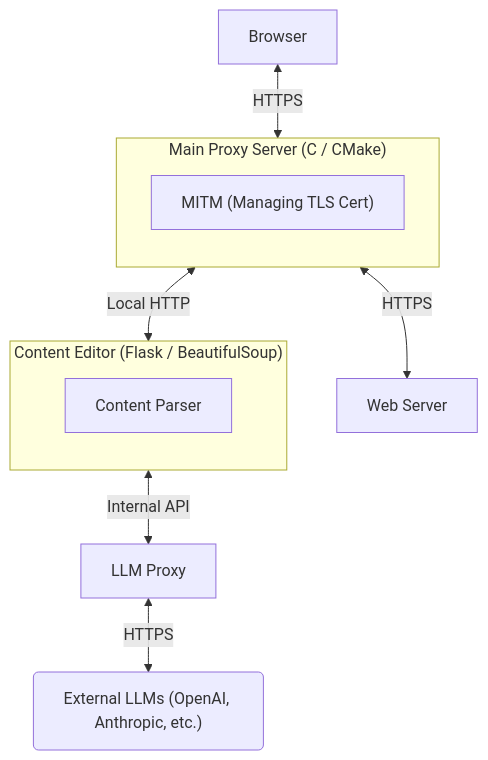
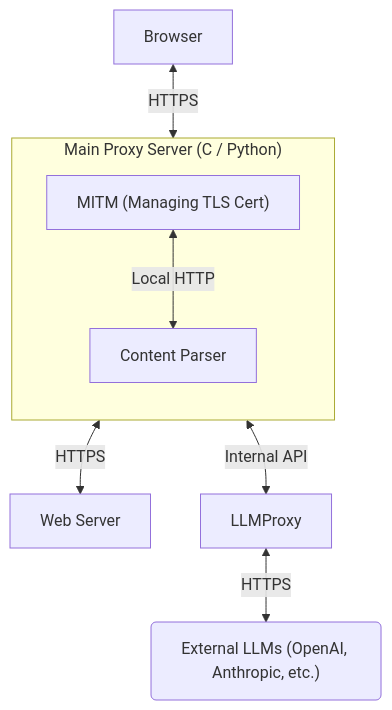
The diagram in projects/LLM Connected Proxy.md (larrison23/Personal-Website), drawn with Mermaid before and after one commit. The commit also changed 1 other file, not shown here.

Commit message:
Style updates

````diff
--- a/projects/LLM Connected Proxy.md
+++ b/projects/LLM Connected Proxy.md
@@ -11,24 +11,20 @@
 ```mermaid
 flowchart TD
 	Browser["User Browser"]
 
-    subgraph C_Proxy ["Main Proxy Server (C / CMake)"]
+    subgraph C_Proxy ["Main Proxy Server (C / Python)"]
         direction TB
         Interceptor["MITM (Managing TLS Cert)"]
-    end
-
-    subgraph Python ["Content Editor (Flask / BeautifulSoup)"]
-        direction TB
         Parser["Content Parser"]
     end
 
     Browser["Browser"] <-->|"HTTPS"| Interceptor
 	
 	Interceptor <-->|"HTTPS"| Server["Web Server"]
 	
 	Interceptor <-->|"Local HTTP"| Parser
     
-	Parser <-->|"Internal API"| LLMProxy["LLM Proxy"]
+	Parser <-->|"Internal API"| LLMProxy["LLMProxy"]
 
 	LLMProxy <--> |"HTTPS"|Modify("External LLMs (OpenAI, Anthropic, etc.)")
 ```
````
